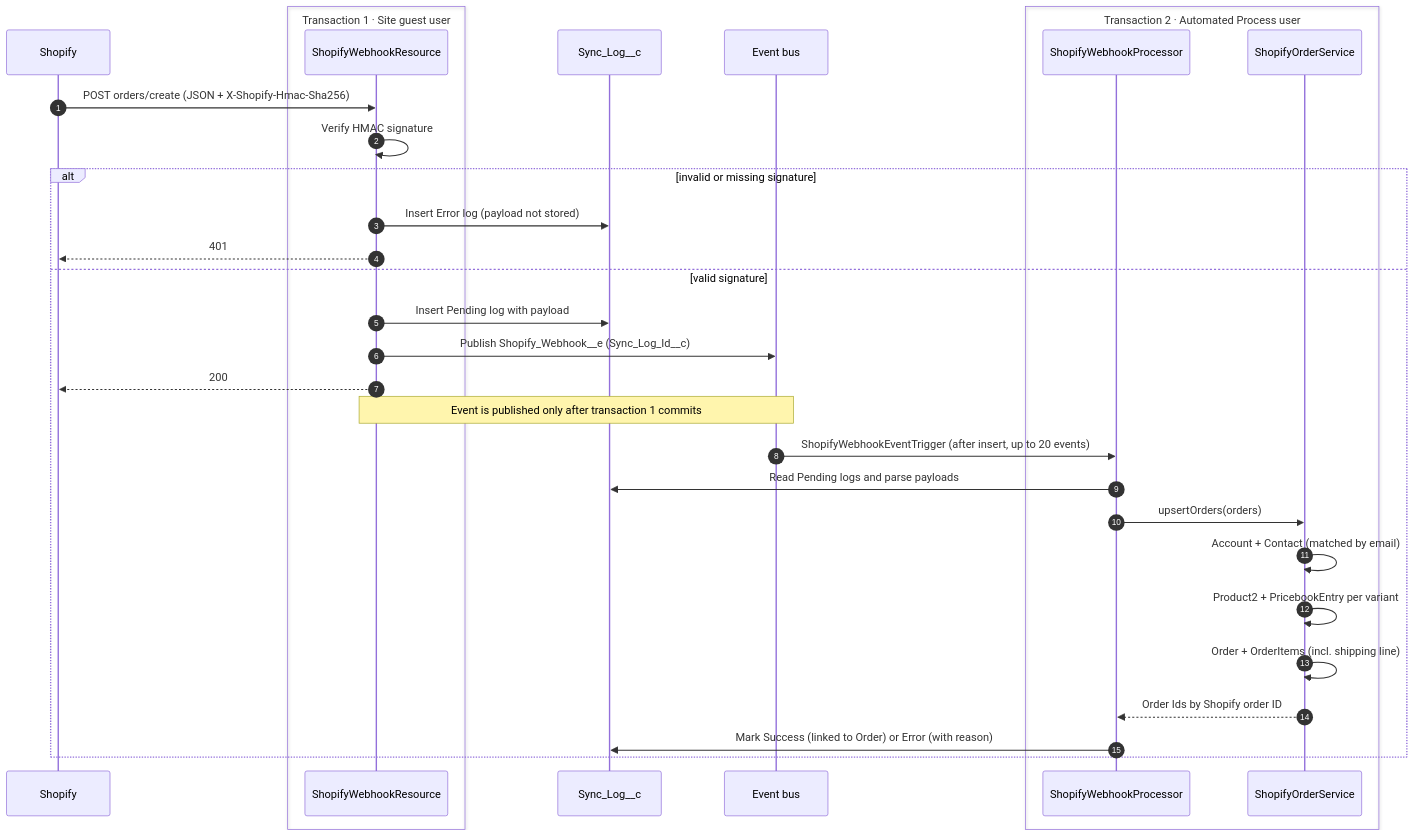
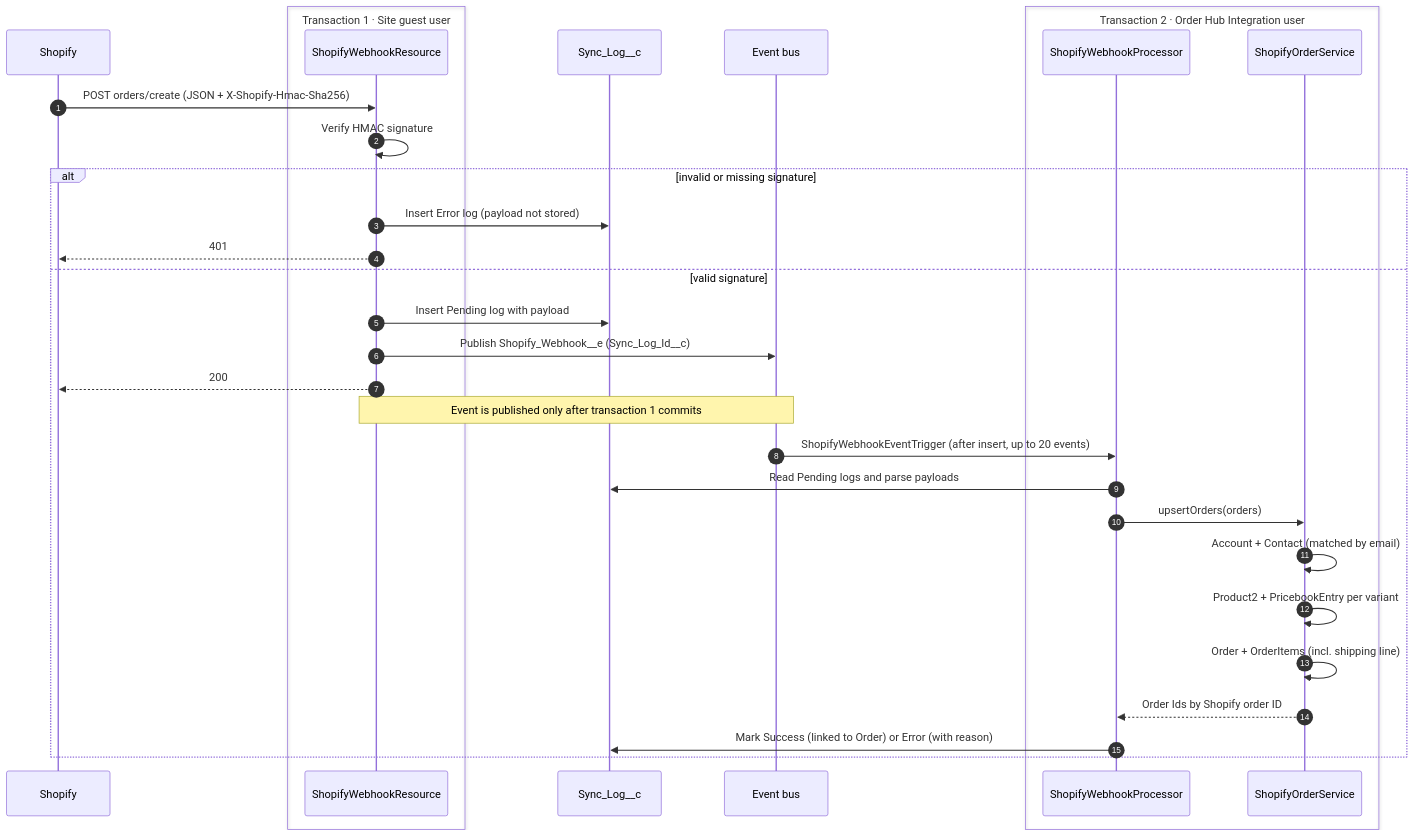
Before and after one commit to IvoTrifonov/shopify-salesforce-order-hub: the diagram in README.md, drawn with Mermaid. The commit also changed other lines of this file and 9 other files, not shown here.

First line of the commit message:
Run webhook processing as an integration user

````diff
--- a/README.md
+++ b/README.md
@@ -41,34 +41,34 @@
 ```mermaid
 sequenceDiagram
     autonumber
     participant S as Shopify
     box Transaction 1 · Site guest user
         participant R as ShopifyWebhookResource
     end
     participant L as Sync_Log__c
     participant B as Event bus
-    box Transaction 2 · Automated Process user
+    box Transaction 2 · Order Hub Integration user
         participant P as ShopifyWebhookProcessor
         participant O as ShopifyOrderService
     end
 
     S->>R: POST orders/create (JSON + X-Shopify-Hmac-Sha256)
     R->>R: Verify HMAC signature
     alt invalid or missing signature
         R->>L: Insert Error log (payload not stored)
         R-->>S: 401
     else valid signature
         R->>L: Insert Pending log with payload
         R->>B: Publish Shopify_Webhook__e (Sync_Log_Id__c)
         R-->>S: 200
         Note over R,B: Event is published only after transaction 1 commits
         B->>P: ShopifyWebhookEventTrigger (after insert, up to 20 events)
         P->>L: Read Pending logs and parse payloads
         P->>O: upsertOrders(orders)
         O->>O: Account + Contact (matched by email)
         O->>O: Product2 + PricebookEntry per variant
         O->>O: Order + OrderItems (incl. shipping line)
         O-->>P: Order Ids by Shopify order ID
         P->>L: Mark Success (linked to Order) or Error (with reason)
     end
 ```
````
